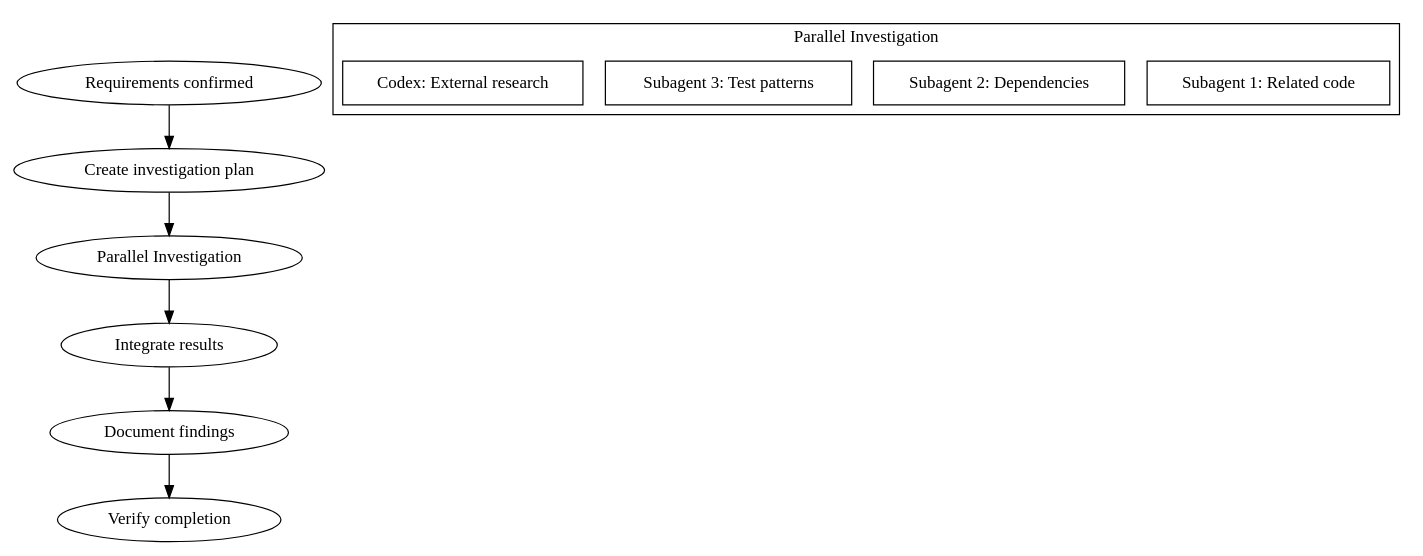
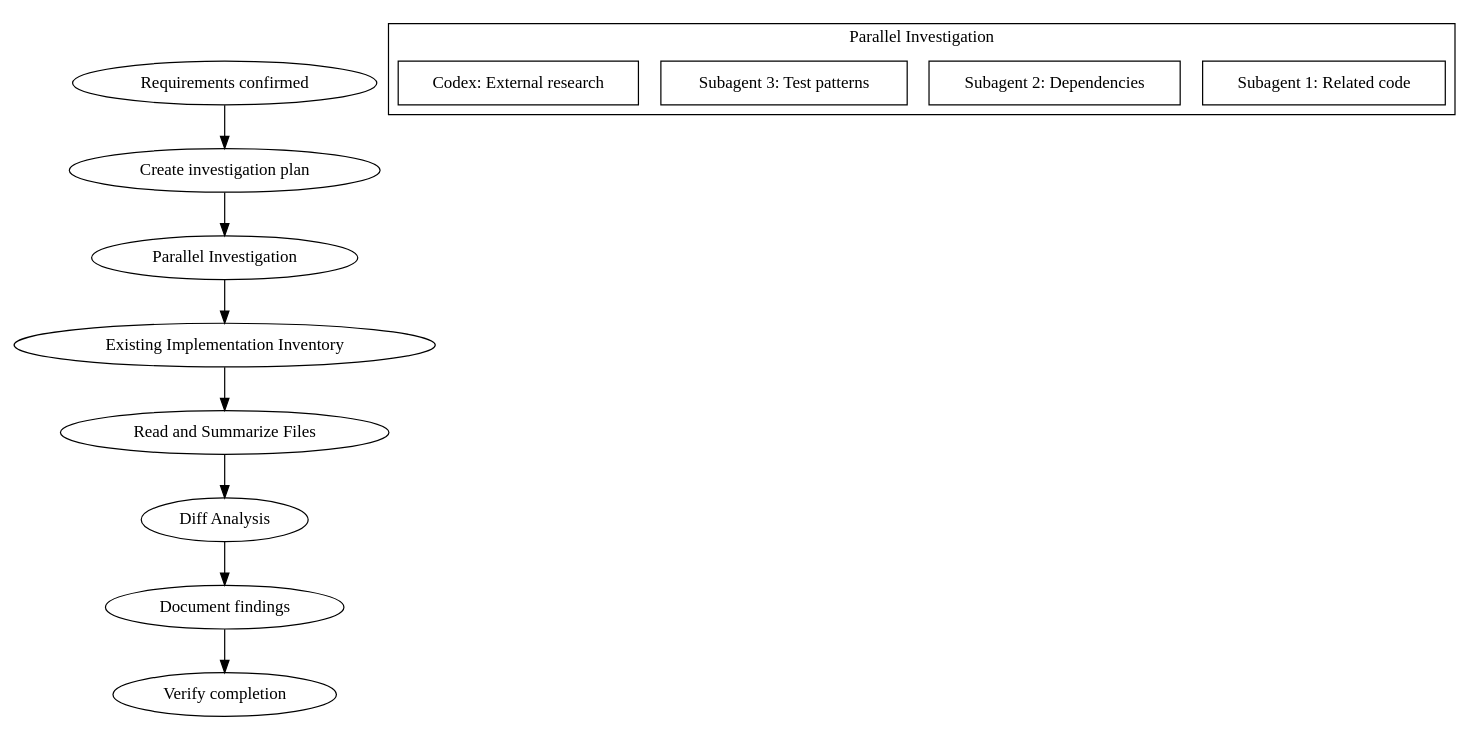
One commit to tasai-lab/fractal-dev-workflow changed the diagram in skills/investigation/SKILL.md. Above: the diagram before and after it, drawn with Graphviz. The commit also changed other lines of this file and 5 other files, not shown here.

````diff
--- a/skills/investigation/SKILL.md
+++ b/skills/investigation/SKILL.md
@@ -22,18 +23,20 @@
 ```dot
 digraph investigation {
     "Requirements confirmed" -> "Create investigation plan";
     "Create investigation plan" -> "Parallel Investigation";
 
     subgraph cluster_parallel {
         label="Parallel Investigation";
         "Subagent 1: Related code" [shape=box];
         "Subagent 2: Dependencies" [shape=box];
         "Subagent 3: Test patterns" [shape=box];
         "Codex: External research" [shape=box];
     }
 
-    "Parallel Investigation" -> "Integrate results";
-    "Integrate results" -> "Document findings";
+    "Parallel Investigation" -> "Existing Implementation Inventory";
+    "Existing Implementation Inventory" -> "Read and Summarize Files";
+    "Read and Summarize Files" -> "Diff Analysis";
+    "Diff Analysis" -> "Document findings";
     "Document findings" -> "Verify completion";
 }
 ```
````
